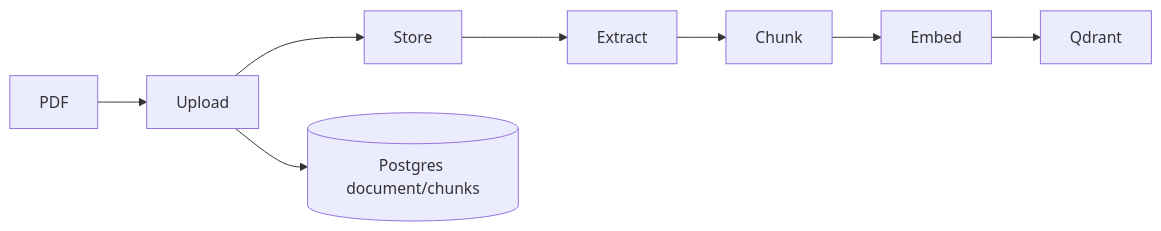
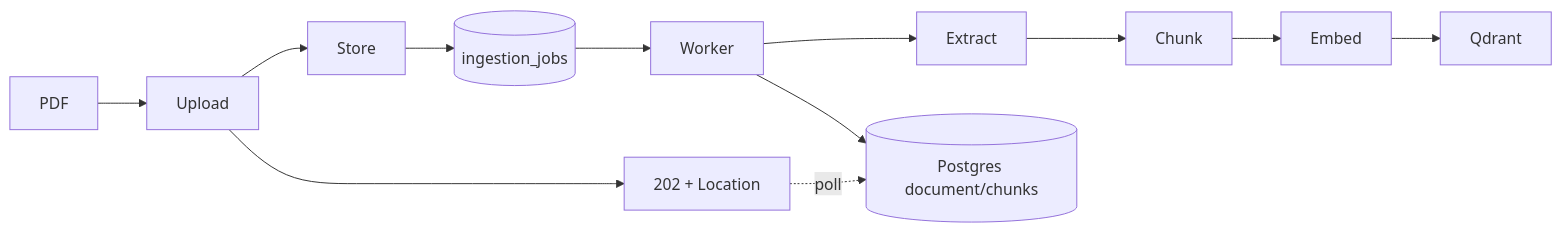
One commit to Kartikye2810-git/sentineth-product-codebase changed the second of 4 diagrams in docs/PROJECT_STATUS_SEPT_2026.md. Above: the diagram before and after it, drawn with Mermaid. The commit also changed other lines of this file and 43 other files, not shown here.

````diff
--- a/docs/PROJECT_STATUS_SEPT_2026.md
+++ b/docs/PROJECT_STATUS_SEPT_2026.md
@@ -45,5 +63,8 @@
 ```mermaid
 flowchart LR
- PDF --> Upload --> Store --> Extract --> Chunk --> Embed --> Qdrant
- Upload --> Document[(Postgres document/chunks)]
+ PDF --> Upload --> Store --> Job[(ingestion_jobs)]
+ Upload --> Accepted[202 + Location]
+ Job --> Worker --> Extract --> Chunk --> Embed --> Qdrant
+ Worker --> Document[(Postgres document/chunks)]
+ Accepted -.poll.-> Document
 ```
````
